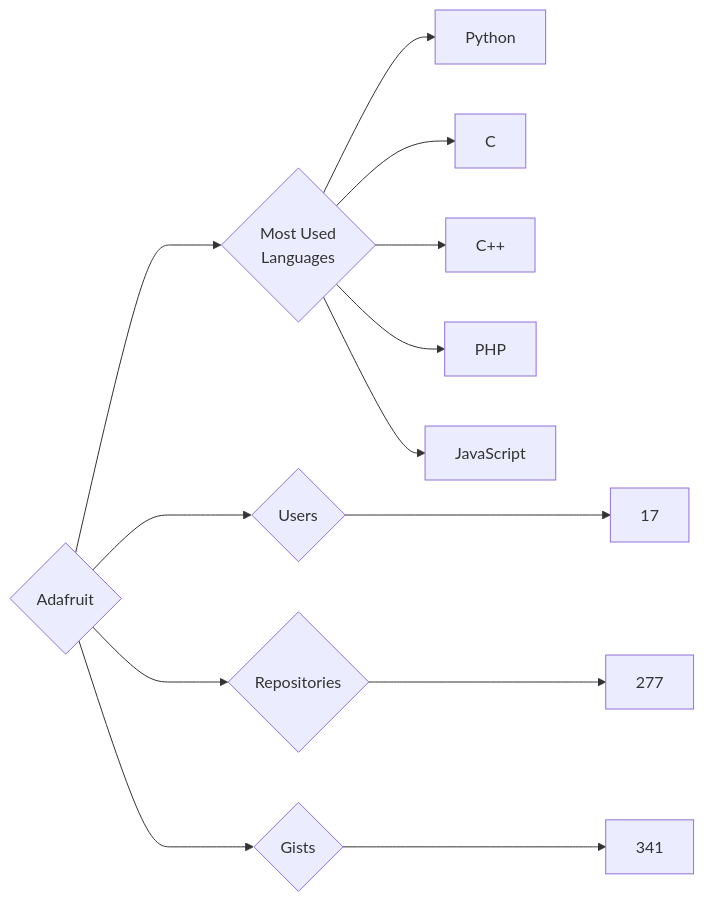
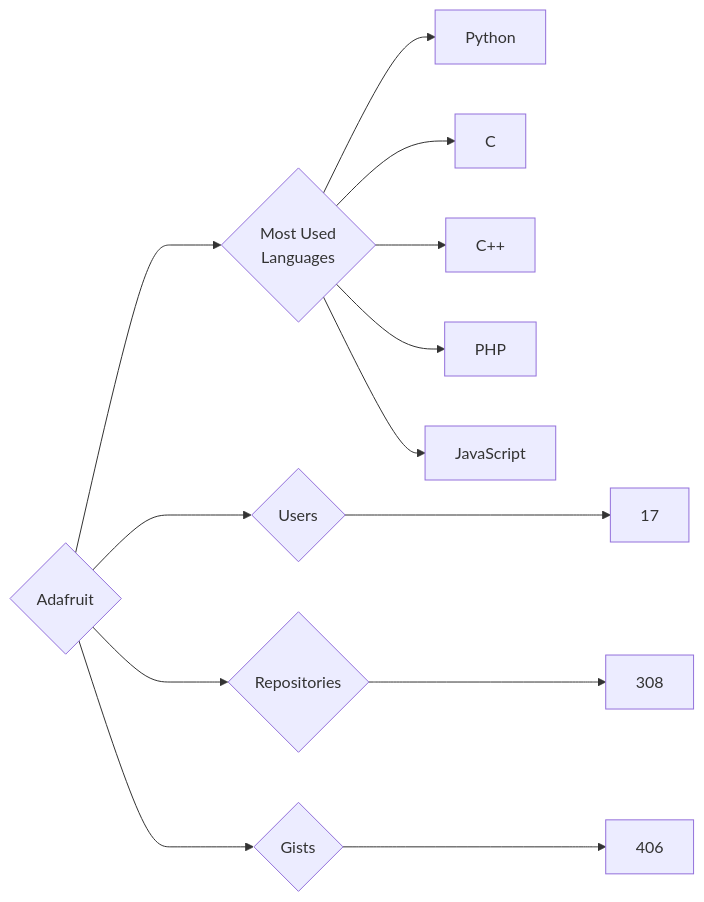
One commit to trickest/insiders changed the diagram in targets/Adafruit/README.md. Above: the diagram before and after it, drawn with Mermaid. The commit also changed 900 other files, not shown here.

````diff
--- a/targets/Adafruit/README.md
+++ b/targets/Adafruit/README.md
@@ -3,13 +3,13 @@
 ```mermaid
 graph LR
 COMPANY_NAME{Adafruit}
 COMPANY_NAME ---> U{Users} ---> UN[17]
-COMPANY_NAME ---> R{Repositories} ---> RN[277]
-COMPANY_NAME ---> G{Gists} ---> GN[341]
+COMPANY_NAME ---> R{Repositories} ---> RN[308]
+COMPANY_NAME ---> G{Gists} ---> GN[406]
 COMPANY_NAME ---> ML{Most Used<br>Languages}
 ML --> Python[Python]
 ML --> C[C]
 ML --> C++[C++]
 ML --> PHP[PHP]
 ML --> JavaScript[JavaScript]
 ```
````
